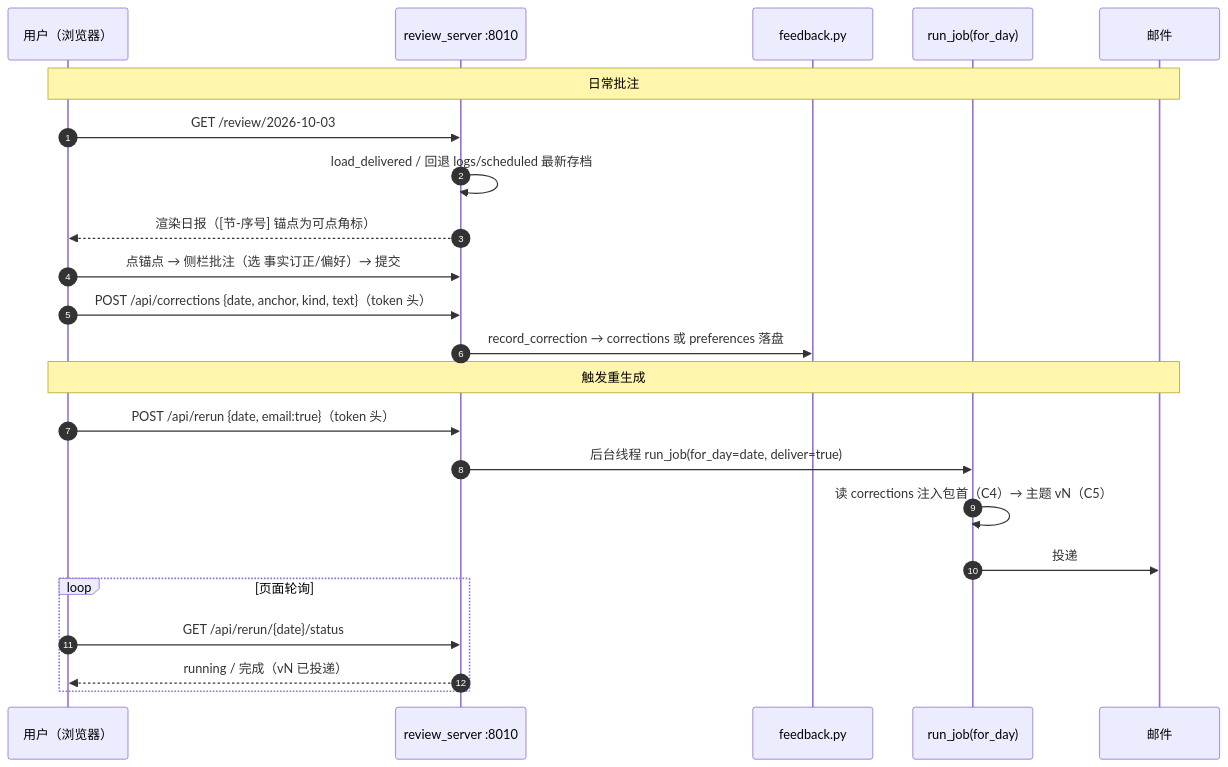
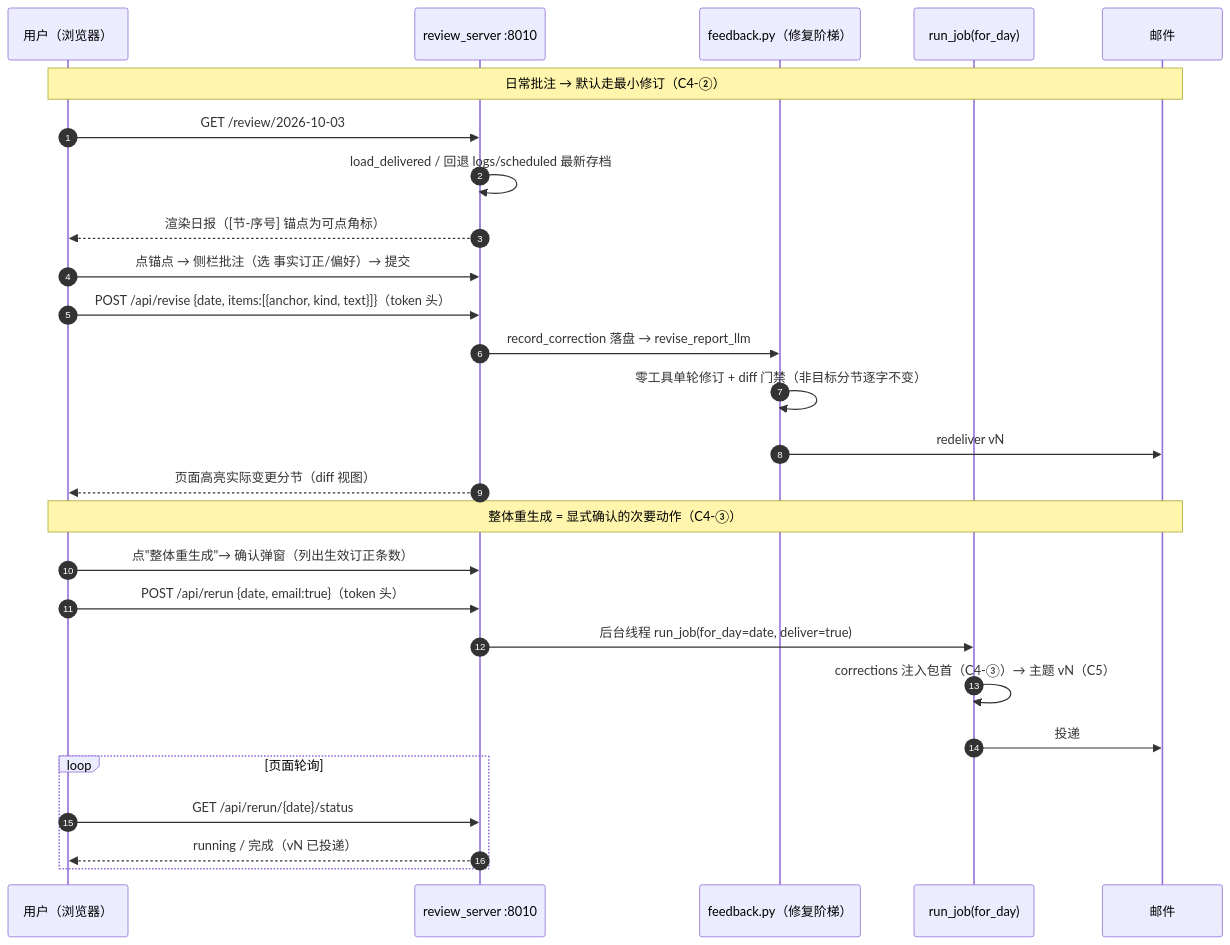
The third of 4 diagrams in apps/withlanggraph/docs/daily-report-redesign.md (weweaq/monoRepo), drawn with Mermaid before and after one commit. The commit also changed other lines of this file, not shown here.

First line of the commit message:
docs(withlanggraph): 设计稿 v0.4——订正改为三级修复阶梯, LLM 最小修订为默认

````diff
--- a/apps/withlanggraph/docs/daily-report-redesign.md
+++ b/apps/withlanggraph/docs/daily-report-redesign.md
@@ -313,27 +336,31 @@
 ```mermaid
 sequenceDiagram
     autonumber
     participant U as 用户（浏览器）
     participant RV as review_server :8010
-    participant FB as feedback.py
+    participant FB as feedback.py（修复阶梯）
     participant SC as run_job(for_day)
     participant EM as 邮件
 
-    Note over U,EM: 日常批注
+    Note over U,EM: 日常批注 → 默认走最小修订（C4-②）
     U->>RV: GET /review/2026-10-03
     RV->>RV: load_delivered / 回退 logs/scheduled 最新存档
     RV-->>U: 渲染日报（[节-序号] 锚点为可点角标）
     U->>RV: 点锚点 → 侧栏批注（选 事实订正/偏好）→ 提交
-    U->>RV: POST /api/corrections {date, anchor, kind, text}（token 头）
-    RV->>FB: record_correction → corrections 或 preferences 落盘
+    U->>RV: POST /api/revise {date, items:[{anchor, kind, text}]}（token 头）
+    RV->>FB: record_correction 落盘 → revise_report_llm
+    FB->>FB: 零工具单轮修订 + diff 门禁（非目标分节逐字不变）
+    FB->>EM: redeliver vN
+    RV-->>U: 页面高亮实际变更分节（diff 视图）
 
-    Note over U,EM: 触发重生成
+    Note over U,EM: 整体重生成 = 显式确认的次要动作（C4-③）
+    U->>RV: 点"整体重生成"→ 确认弹窗（列出生效订正条数）
     U->>RV: POST /api/rerun {date, email:true}（token 头）
     RV->>SC: 后台线程 run_job(for_day=date, deliver=true)
-    SC->>SC: 读 corrections 注入包首（C4）→ 主题 vN（C5）
+    SC->>SC: corrections 注入包首（C4-③）→ 主题 vN（C5）
     SC->>EM: 投递
     loop 页面轮询
         U->>RV: GET /api/rerun/{date}/status
         RV-->>U: running / 完成（vN 已投递）
     end
 ```
````
